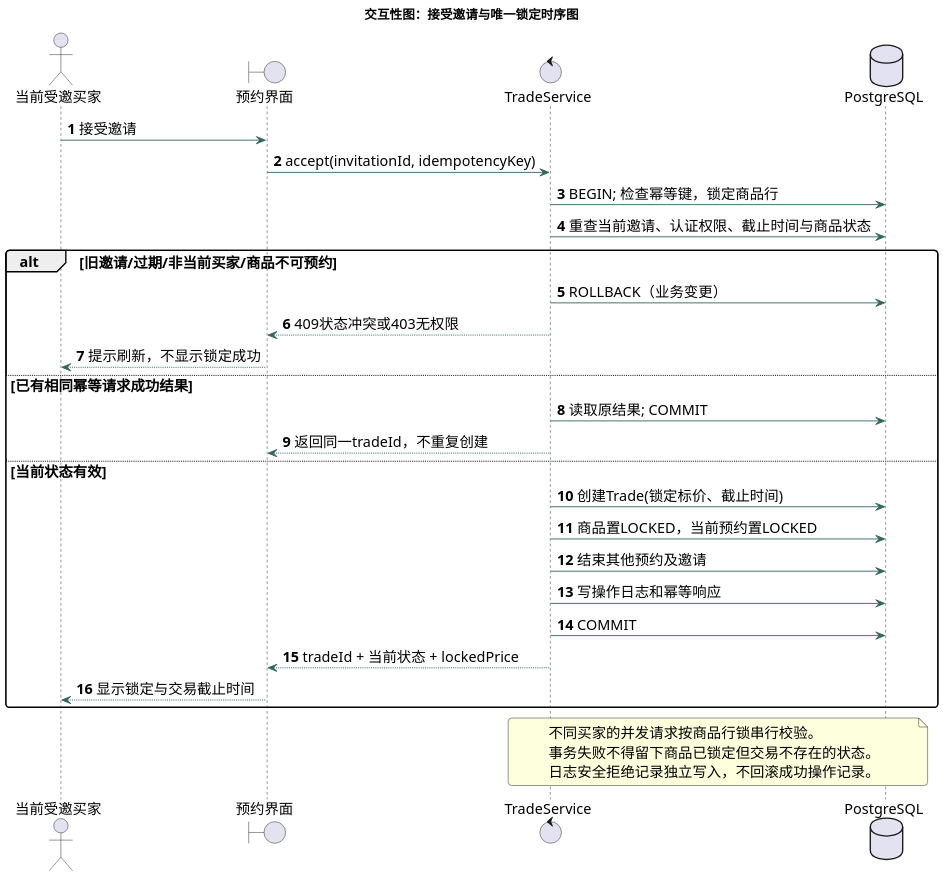
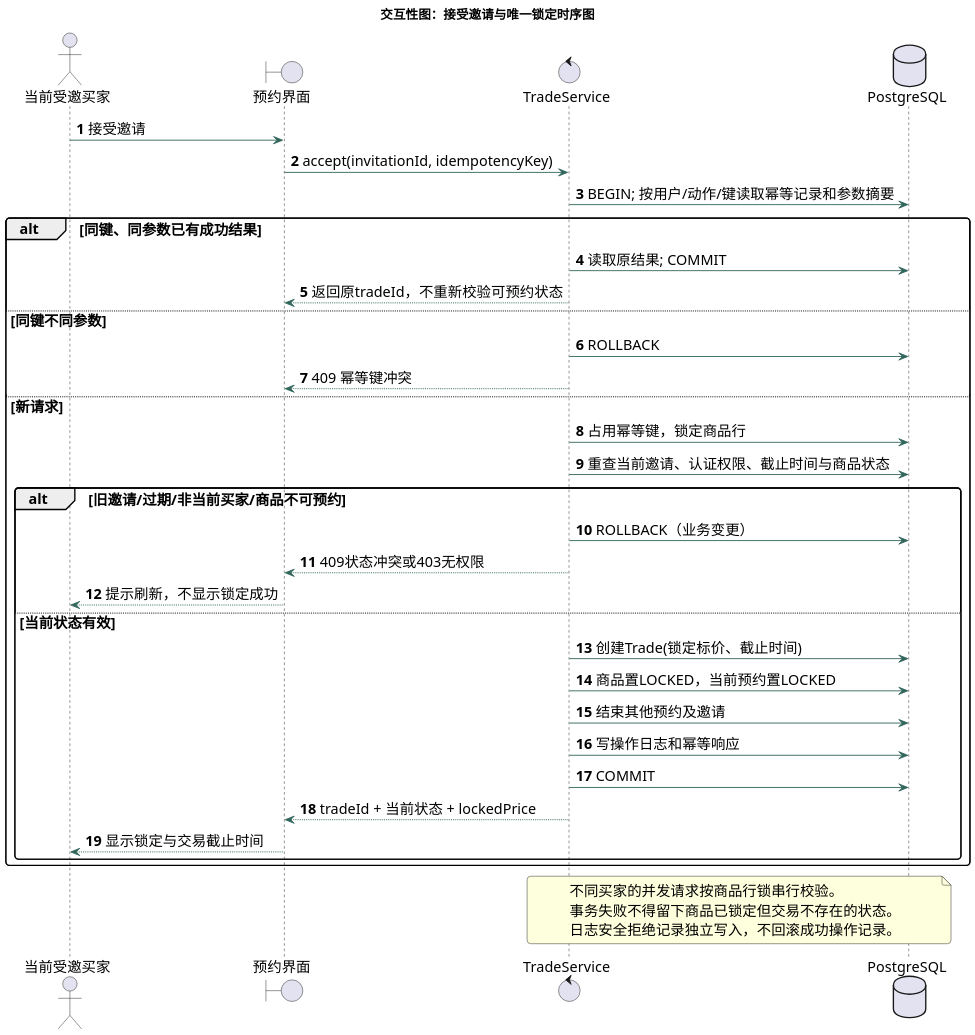
Before and after one commit to paulzrm/software-engineering-2026-lab1: the diagram in lab2/UML/06_时序图_接受邀请并发控制.puml, drawn with PlantUML. The commit also changed 36 other files, not shown here.

Commit message:
lab2: refine UML semantics and add editable Figma UI exports with AI audit

```diff
--- a/lab2/UML/06_时序图_接受邀请并发控制.puml
+++ b/lab2/UML/06_时序图_接受邀请并发控制.puml
@@ -1,45 +1,51 @@
 @startuml
 skinparam defaultFontName Microsoft YaHei
 skinparam defaultFontSize 16
 skinparam backgroundColor #FFFFFF
 skinparam shadowing false
 skinparam ArrowColor #32665C
 skinparam classBackgroundColor #F3F8F5
 skinparam classBorderColor #71978A
 skinparam packageBackgroundColor #FFFFFF
 skinparam roundcorner 8
 skinparam dpi 160
 title 交互性图：接受邀请与唯一锁定时序图
 
 autonumber
 actor "当前受邀买家" as Buyer
 boundary "预约界面" as UI
 control "TradeService" as S
 database "PostgreSQL" as DB
 Buyer -> UI : 接受邀请
 UI -> S : accept(invitationId, idempotencyKey)
-S -> DB : BEGIN; 检查幂等键，锁定商品行
-S -> DB : 重查当前邀请、认证权限、截止时间与商品状态
-alt 旧邀请/过期/非当前买家/商品不可预约
- S -> DB : ROLLBACK（业务变更）
- S --> UI : 409状态冲突或403无权限
- UI --> Buyer : 提示刷新，不显示锁定成功
-else 已有相同幂等请求成功结果
+S -> DB : BEGIN; 按用户/动作/键读取幂等记录和参数摘要
+alt 同键、同参数已有成功结果
  S -> DB : 读取原结果; COMMIT
- S --> UI : 返回同一tradeId，不重复创建
-else 当前状态有效
- S -> DB : 创建Trade(锁定标价、截止时间)
- S -> DB : 商品置LOCKED，当前预约置LOCKED
- S -> DB : 结束其他预约及邀请
- S -> DB : 写操作日志和幂等响应
- S -> DB : COMMIT
- S --> UI : tradeId + 当前状态 + lockedPrice
- UI --> Buyer : 显示锁定与交易截止时间
+ S --> UI : 返回原tradeId，不重新校验可预约状态
+else 同键不同参数
+ S -> DB : ROLLBACK
+ S --> UI : 409 幂等键冲突
+else 新请求
+ S -> DB : 占用幂等键，锁定商品行
+ S -> DB : 重查当前邀请、认证权限、截止时间与商品状态
+ alt 旧邀请/过期/非当前买家/商品不可预约
+  S -> DB : ROLLBACK（业务变更）
+  S --> UI : 409状态冲突或403无权限
+  UI --> Buyer : 提示刷新，不显示锁定成功
+ else 当前状态有效
+  S -> DB : 创建Trade(锁定标价、截止时间)
+  S -> DB : 商品置LOCKED，当前预约置LOCKED
+  S -> DB : 结束其他预约及邀请
+  S -> DB : 写操作日志和幂等响应
+  S -> DB : COMMIT
+  S --> UI : tradeId + 当前状态 + lockedPrice
+  UI --> Buyer : 显示锁定与交易截止时间
+ end
 end
 note over S,DB
 不同买家的并发请求按商品行锁串行校验。
 事务失败不得留下商品已锁定但交易不存在的状态。
 日志安全拒绝记录独立写入，不回滚成功操作记录。
 end note
 
 @enduml
```
